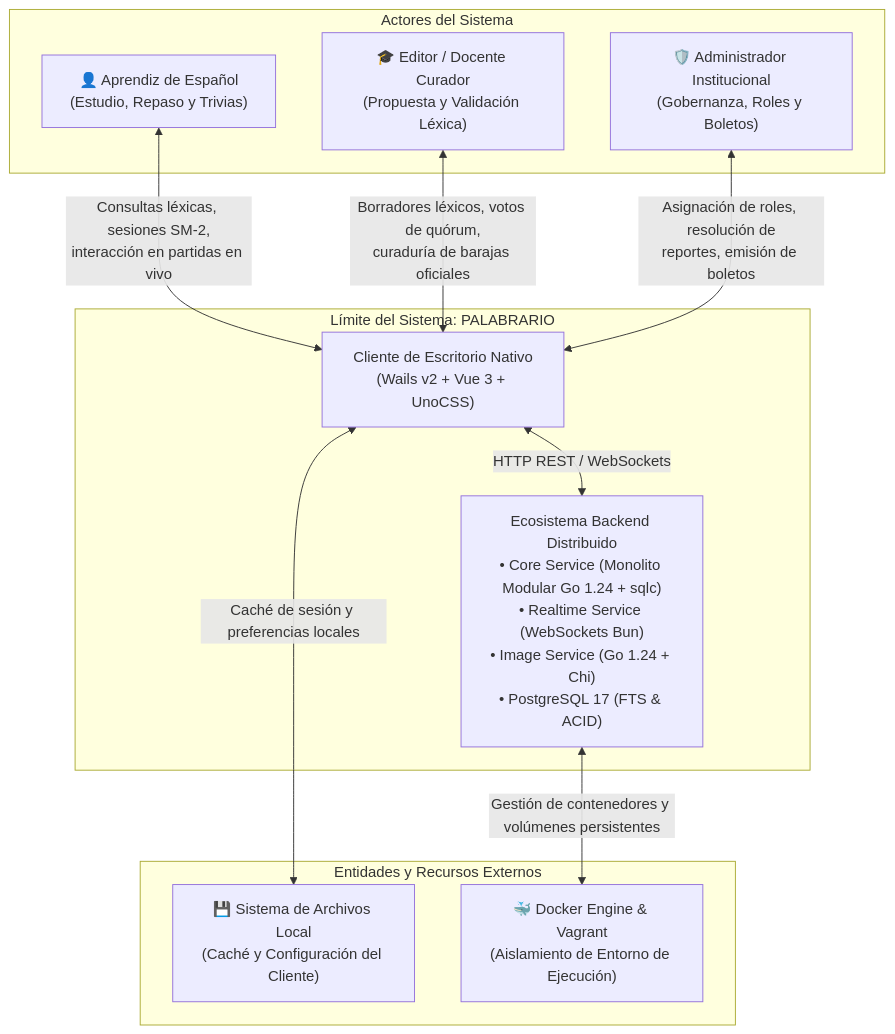
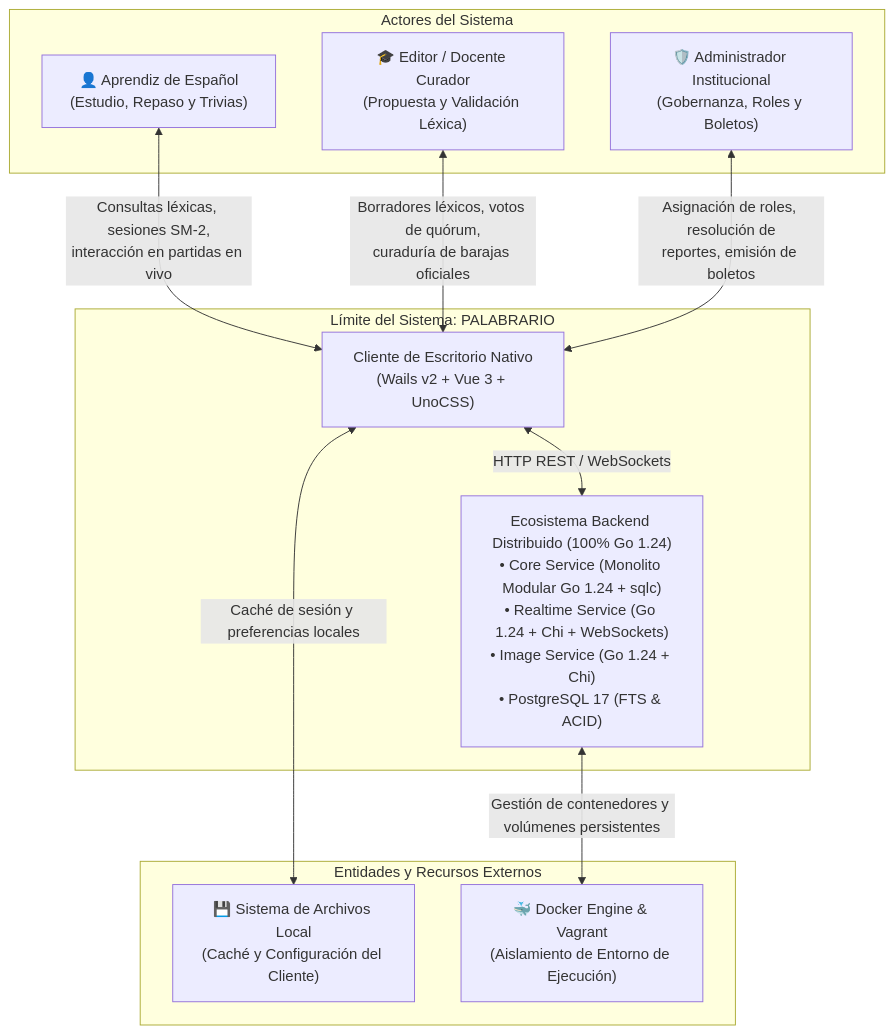
Before and after one commit to OGShawnLee/palabrario: the diagram in .context/academic/1-PROJECT-SPECIFICATION.md, drawn with Mermaid. The commit also changed other lines of this file and 4 other files, not shown here.

First line of the commit message:
docs: plan Phase 4 arena architecture, domain contracts, and atomic workflow

````diff
--- a/.context/academic/1-PROJECT-SPECIFICATION.md
+++ b/.context/academic/1-PROJECT-SPECIFICATION.md
@@ -172,26 +173,26 @@
 ```mermaid
 flowchart TD
     subgraph ActoresExternos["Actores del Sistema"]
         Aprendiz["👤 Aprendiz de Español\n(Estudio, Repaso y Trivias)"]
         Editor["🎓 Editor / Docente Curador\n(Propuesta y Validación Léxica)"]
         Admin["🛡️ Administrador Institucional\n(Gobernanza, Roles y Boletos)"]
     end
 
     subgraph SistemaPalabrario["Límite del Sistema: PALABRARIO"]
         AppCliente["Cliente de Escritorio Nativo\n(Wails v2 + Vue 3 + UnoCSS)"]
-        PlataformaBackend["Ecosistema Backend Distribuido\n• Core Service (Monolito Modular Go 1.24 + sqlc)\n• Realtime Service (WebSockets Bun)\n• Image Service (Go 1.24 + Chi)\n• PostgreSQL 17 (FTS & ACID)"]
+        PlataformaBackend["Ecosistema Backend Distribuido (100% Go 1.24)\n• Core Service (Monolito Modular Go 1.24 + sqlc)\n• Realtime Service (Go 1.24 + Chi + WebSockets)\n• Image Service (Go 1.24 + Chi)\n• PostgreSQL 17 (FTS & ACID)"]
         AppCliente <-->|HTTP REST / WebSockets| PlataformaBackend
     end
 
     subgraph SistemasExternos["Entidades y Recursos Externos"]
         SistArchivos["💾 Sistema de Archivos Local\n(Caché y Configuración del Cliente)"]
         DockerHost["🐳 Docker Engine & Vagrant\n(Aislamiento de Entorno de Ejecución)"]
     end
 
     Aprendiz <-->|Consultas léxicas, sesiones SM-2,\ninteracción en partidas en vivo| AppCliente
     Editor <-->|Borradores léxicos, votos de quórum,\ncuraduría de barajas oficiales| AppCliente
     Admin <-->|Asignación de roles, resolución de\nreportes, emisión de boletos| AppCliente
 
     AppCliente <-->|Caché de sesión y preferencias locales| SistArchivos
     PlataformaBackend <-->|Gestión de contenedores y volúmenes persistentes| DockerHost
 ```
````
